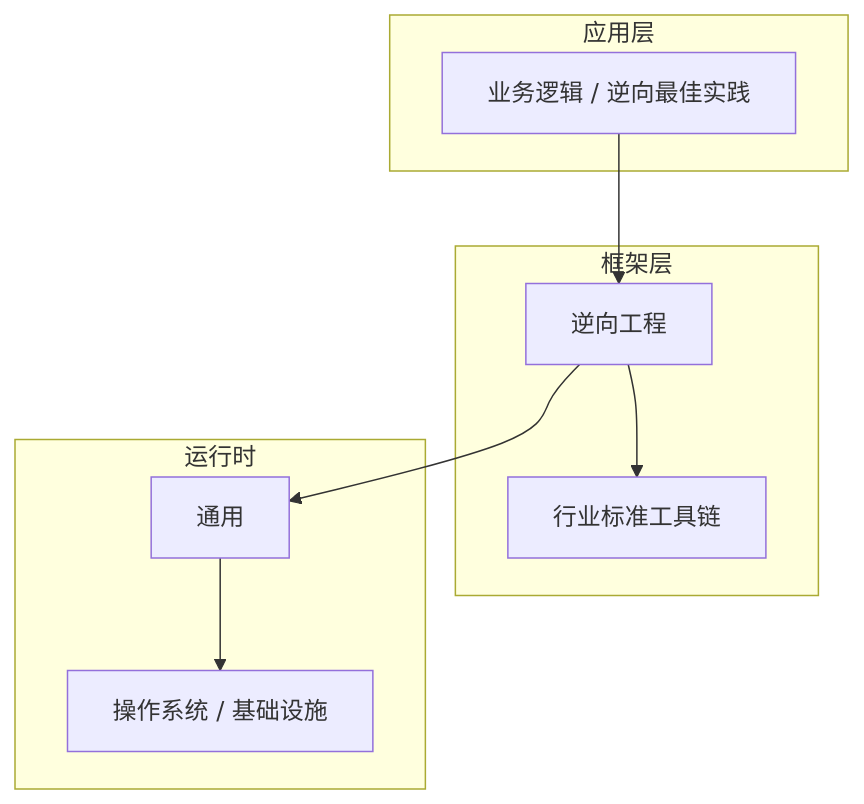
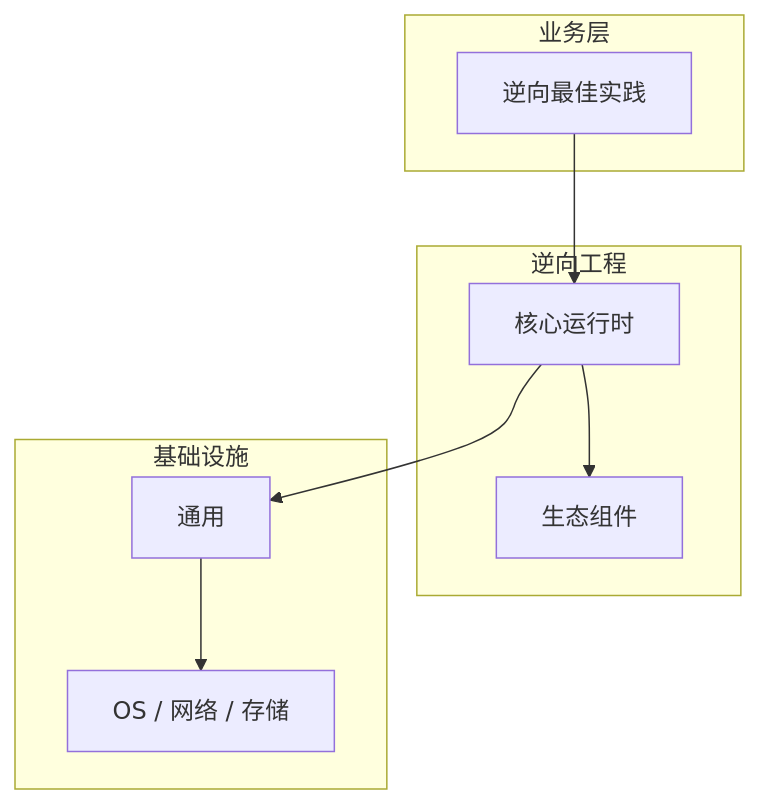
Before and after one commit to yanggan2015/knowledge-json-v2: the diagram in articles/逆向工程/chapters/076-逆向最佳实践核心概念与原理.md, drawn with Mermaid. The commit also changed other lines of this file and 10127 other files, not shown here.

````diff
--- a/articles/逆向工程/chapters/076-逆向最佳实践核心概念与原理.md
+++ b/articles/逆向工程/chapters/076-逆向最佳实践核心概念与原理.md
@@ -46,18 +35,18 @@
 ```mermaid
 graph TB
-    subgraph 应用层
-        A[业务逻辑 / 逆向最佳实践]
+    subgraph 业务层
+        A[逆向最佳实践]
     end
-    subgraph 框架层
-        B[逆向工程]
-        C[行业标准工具链]
+    subgraph 逆向工程
+        B[核心运行时]
+        C[生态组件]
     end
-    subgraph 运行时
+    subgraph 基础设施
         D[通用]
-        E[操作系统 / 基础设施]
+        E[OS / 网络 / 存储]
     end
     A --> B
     B --> C
     B --> D
     D --> E
 ```
````
